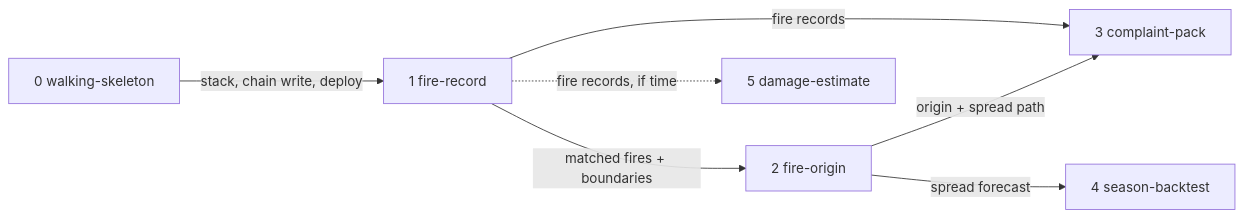
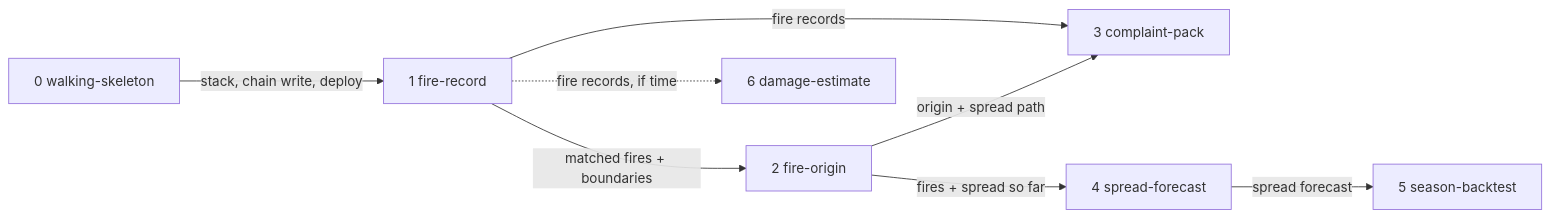
One commit to dzaffren/fire-watch changed the second of 2 diagrams in docs/specs/fire-watch/shape.md. Above: the diagram before and after it, drawn with Mermaid. The commit also changed other lines of this file and 2 other files, not shown here.

Commit message:
docs(spec): settle fire-origin pause 1, split out spread-forecast

````diff
--- a/docs/specs/fire-watch/shape.md
+++ b/docs/specs/fire-watch/shape.md
@@ -33,9 +33,10 @@
 ```mermaid
 flowchart LR
     S0[0 walking-skeleton] -- "stack, chain write, deploy" --> S1[1 fire-record]
     S1 -- "matched fires + boundaries" --> S2[2 fire-origin]
     S1 -- "fire records" --> S3[3 complaint-pack]
     S2 -- "origin + spread path" --> S3
-    S2 -- "spread forecast" --> S4[4 season-backtest]
-    S1 -. "fire records, if time" .-> S5[5 damage-estimate]
+    S2 -- "fires + spread so far" --> S4[4 spread-forecast]
+    S4 -- "spread forecast" --> S5[5 season-backtest]
+    S1 -. "fire records, if time" .-> S6[6 damage-estimate]
 ```
````
